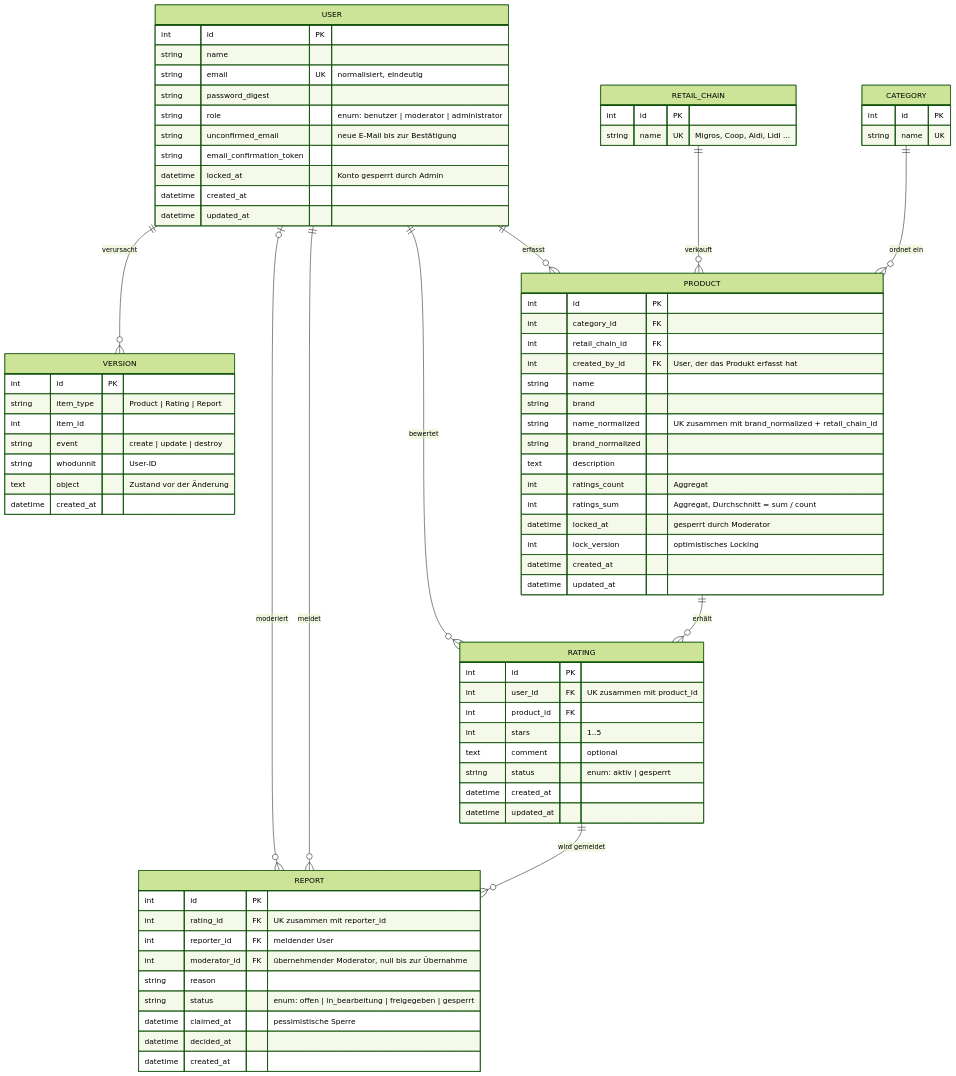
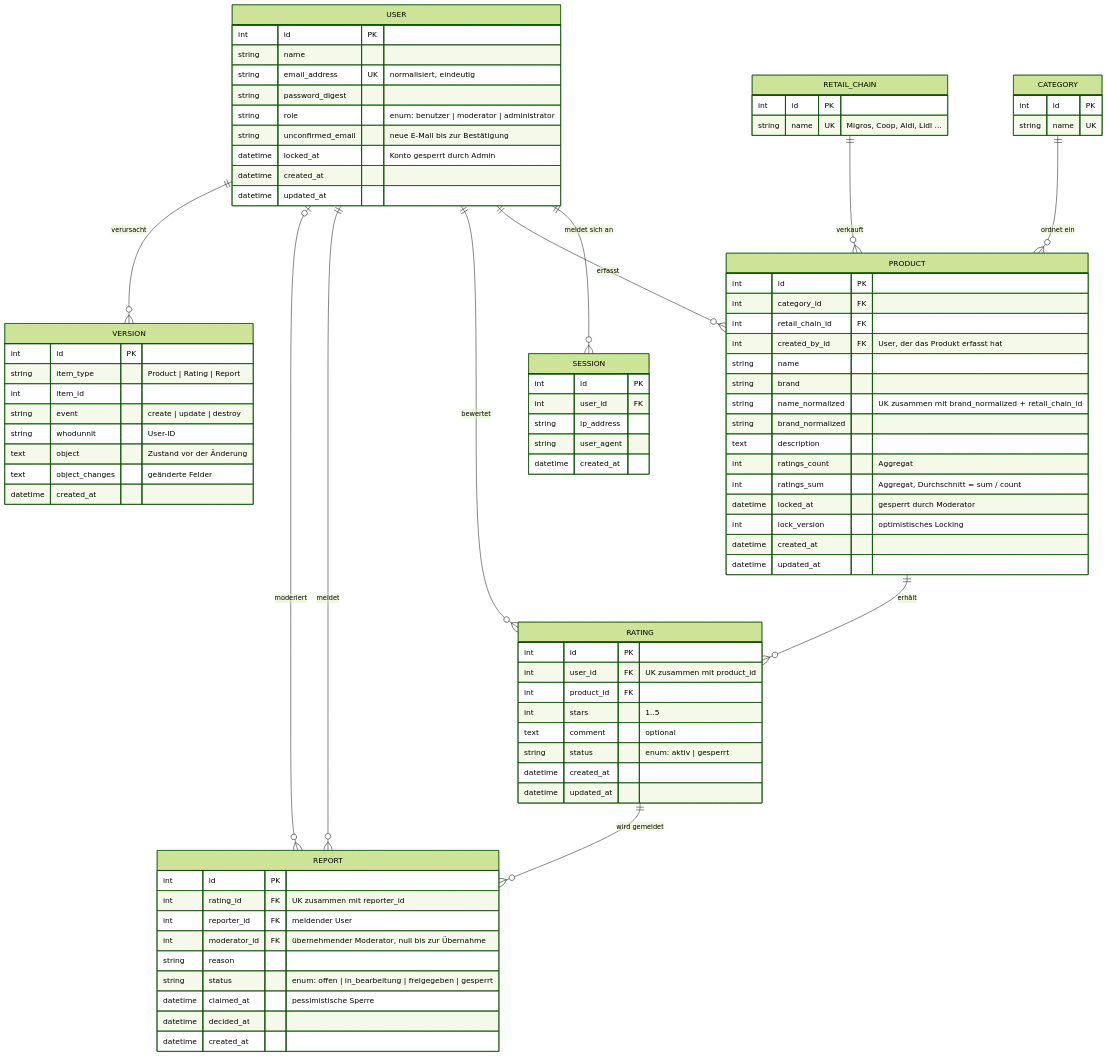
One commit to bawan-code/m223 changed the diagram in docs/projektantrag.md. Above: the diagram before and after it, drawn with Mermaid (forest theme). The commit also changed other lines of this file and 2 other files, not shown here.

```diff
--- a/docs/projektantrag.md
+++ b/docs/projektantrag.md
@@ -168,14 +168,21 @@
     USER {
         int id PK
         string name
-        string email UK "normalisiert, eindeutig"
+        string email_address UK "normalisiert, eindeutig"
         string password_digest
         string role "enum: benutzer | moderator | administrator"
         string unconfirmed_email "neue E-Mail bis zur Bestätigung"
-        string email_confirmation_token
         datetime locked_at "Konto gesperrt durch Admin"
         datetime created_at
         datetime updated_at
+    }
+
+    SESSION {
+        int id PK
+        int user_id FK
+        string ip_address
+        string user_agent
+        datetime created_at
     }
 
     CATEGORY {
@@ -236,9 +243,11 @@
         string event "create | update | destroy"
         string whodunnit "User-ID"
         text object "Zustand vor der Änderung"
+        text object_changes "geänderte Felder"
         datetime created_at
     }
 
+    USER ||--o{ SESSION : "meldet sich an"
     USER ||--o{ PRODUCT : "erfasst"
     USER ||--o{ RATING : "bewertet"
     PRODUCT ||--o{ RATING : "erhält"
```
